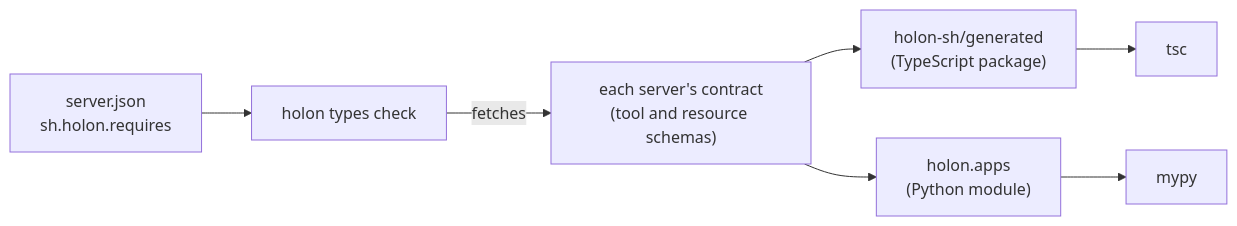
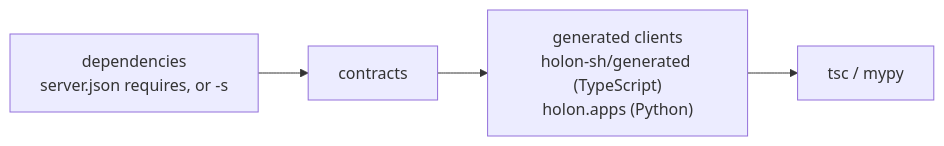
Before and after one commit to holon-sh/cli: the diagram in README.md, drawn with Mermaid. The commit also changed other lines of this file, not shown here.

First line of the commit message:
Dependencies section in prose; Python before TypeScript

````diff
--- a/README.md
+++ b/README.md
@@ -12,7 +241,4 @@
 ```mermaid
 flowchart LR
-  R["server.json<br/>sh.holon.requires"] --> H["holon types check"]
-  H -->|fetches| C["each server's contract<br/>(tool and resource schemas)"]
-  C --> TS["holon-sh/generated<br/>(TypeScript package)"] --> TSC["tsc"]
-  C --> PY["holon.apps<br/>(Python module)"] --> MYPY["mypy"]
+  D["dependencies<br/>server.json requires, or -s"] --> C["contracts"] --> G["generated clients<br/>holon-sh/generated (TypeScript)<br/>holon.apps (Python)"] --> T["tsc / mypy"]
 ```
````
